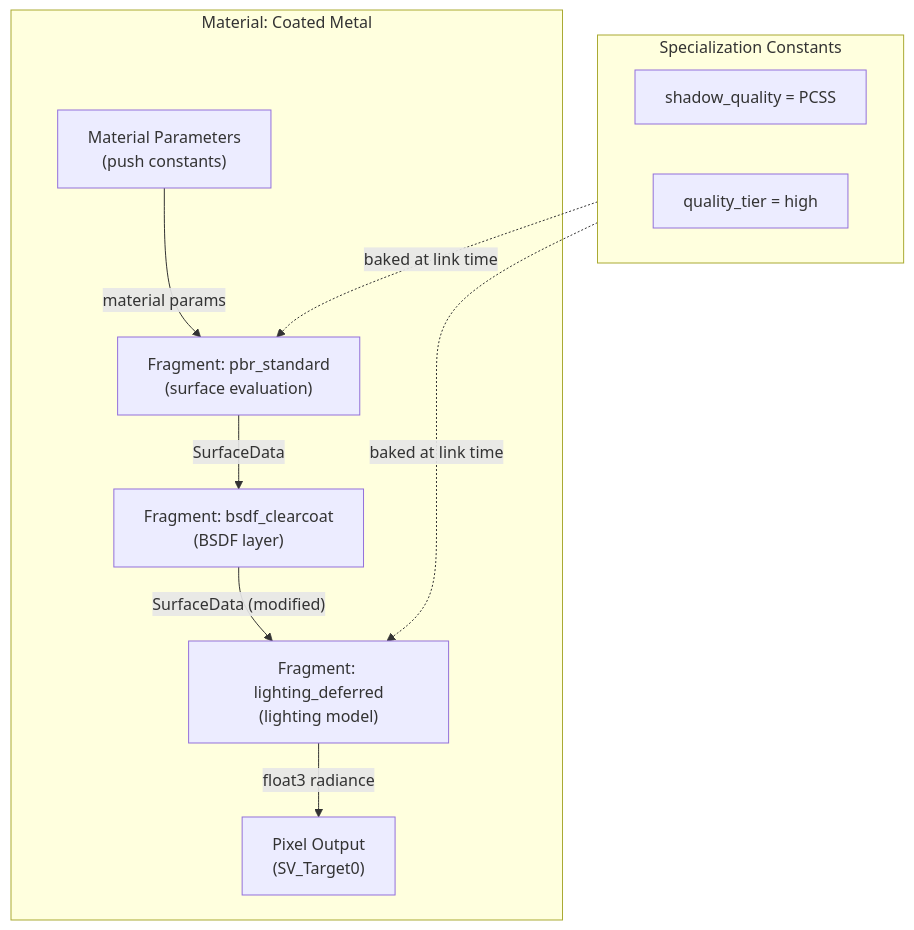
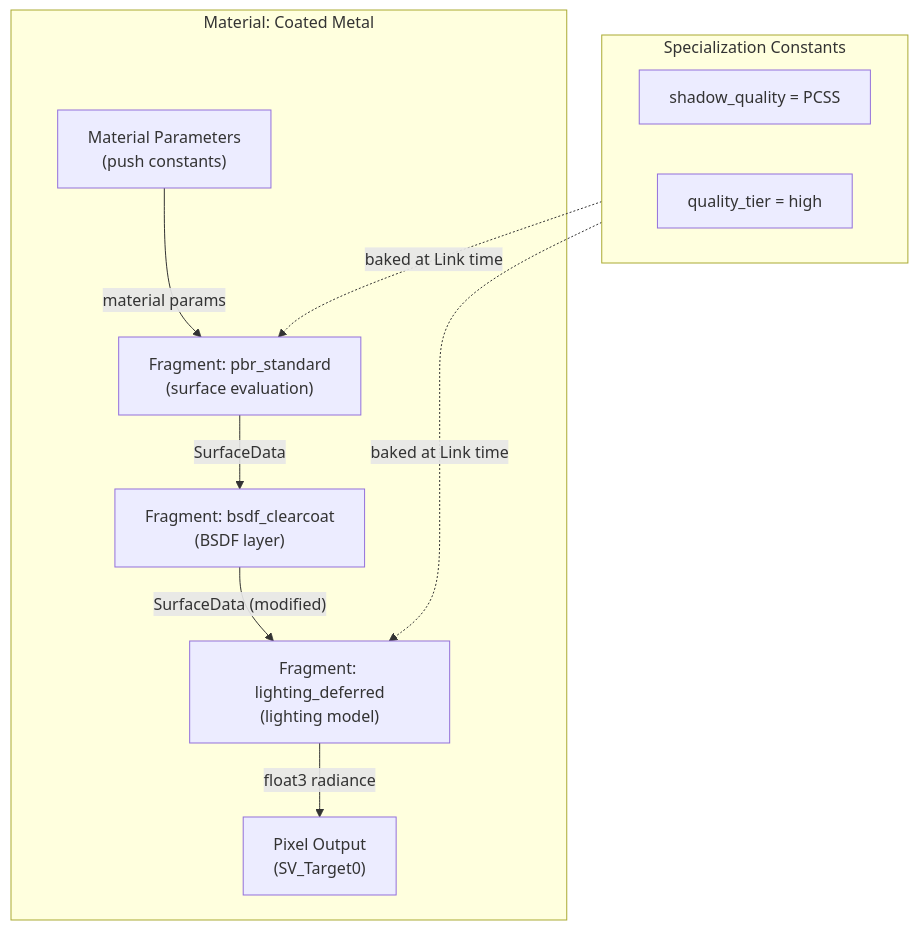
One commit to harmonius-dev/harmonius changed the fourth of 10 diagrams in docs/design/shader-pipeline.md. Above: the diagram before and after it, drawn with Mermaid. The commit also changed other lines of this file and 67 other files, not shown here.

````diff
--- a/docs/design/shader-pipeline.md
+++ b/docs/design/shader-pipeline.md
@@ -759,23 +732,23 @@
 ```mermaid
 flowchart TD
     subgraph material["Material: Coated Metal"]
         Params["Material Parameters<br/>(push constants)"]
         Surface["Fragment: pbr_standard<br/>(surface evaluation)"]
         Coat["Fragment: bsdf_clearcoat<br/>(BSDF layer)"]
         Light["Fragment: lighting_deferred<br/>(lighting model)"]
         Output["Pixel Output<br/>(SV_Target0)"]
     end
 
     Params -->|"material params"| Surface
     Surface -->|"SurfaceData"| Coat
     Coat -->|"SurfaceData (modified)"| Light
     Light -->|"float3 radiance"| Output
 
     subgraph spec["Specialization Constants"]
         SQ["shadow_quality = PCSS"]
         QT["quality_tier = high"]
     end
 
-    spec -.->|"baked at link time"| Light
-    spec -.->|"baked at link time"| Surface
+    spec -.->|"baked at Link time"| Light
+    spec -.->|"baked at Link time"| Surface
 ```
````
